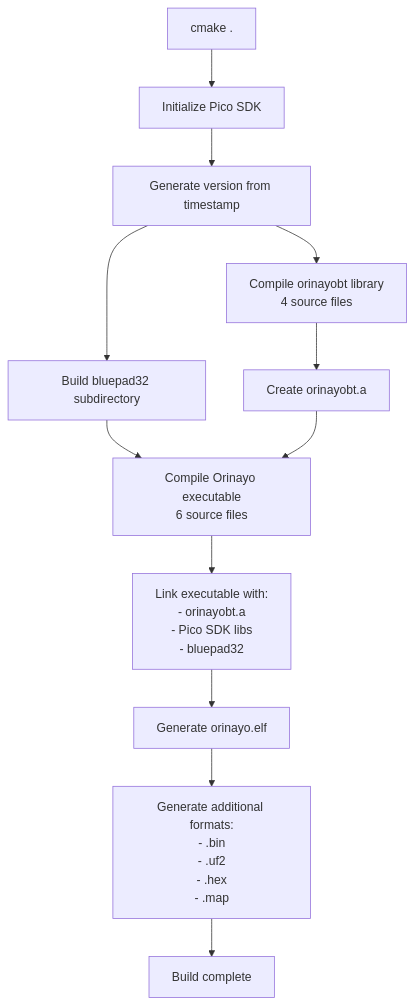
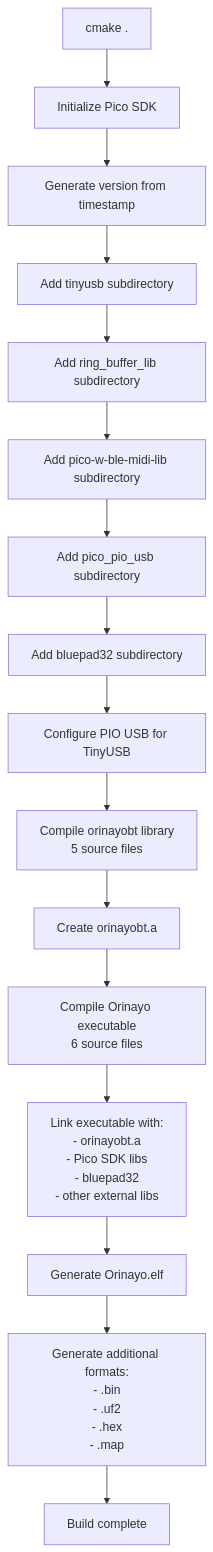
The fourth of 4 diagrams in wiki/9.1-cmake-configuration.md (Jus-Be/orinayo-pico), drawn with Mermaid before and after one commit. The commit also changed other lines of this file and 42 other files, not shown here.

````diff
--- a/wiki/9.1-cmake-configuration.md
+++ b/wiki/9.1-cmake-configuration.md
@@ -407,27 +482,36 @@
 ```mermaid
 flowchart TD
 
 START["cmake ."]
 INIT["Initialize Pico SDK"]
 VERSION["Generate version from timestamp"]
-LIB_COMPILE["Compile orinayobt library<br>4 source files"]
+SUBDIR_TINYUSB["Add tinyusb subdirectory"]
+SUBDIR_RING_BUFFER["Add ring_buffer_lib subdirectory"]
+SUBDIR_BLE_MIDI["Add pico-w-ble-midi-lib subdirectory"]
+SUBDIR_PIO_USB["Add pico_pio_usb subdirectory"]
+SUBDIR_BLUEPAD32["Add bluepad32 subdirectory"]
+PIO_USB_CONFIG["Configure PIO USB for TinyUSB"]
+LIB_COMPILE["Compile orinayobt library<br>5 source files"]
 LIB_ARCHIVE["Create orinayobt.a"]
-BLUEPAD["Build bluepad32 subdirectory"]
 EXE_COMPILE["Compile Orinayo executable<br>6 source files"]
-EXE_LINK["Link executable with:<br>- orinayobt.a<br>- Pico SDK libs<br>- bluepad32"]
-ELF_GEN["Generate orinayo.elf"]
+EXE_LINK["Link executable with:<br>- orinayobt.a<br>- Pico SDK libs<br>- bluepad32<br>- other external libs"]
+ELF_GEN["Generate Orinayo.elf"]
 EXTRA_OUT["Generate additional formats:<br>- .bin<br>- .uf2<br>- .hex<br>- .map"]
 DONE["Build complete"]
 
 START --> INIT
 INIT --> VERSION
-VERSION --> BLUEPAD
-VERSION --> LIB_COMPILE
+VERSION --> SUBDIR_TINYUSB
+SUBDIR_TINYUSB --> SUBDIR_RING_BUFFER
+SUBDIR_RING_BUFFER --> SUBDIR_BLE_MIDI
+SUBDIR_BLE_MIDI --> SUBDIR_PIO_USB
+SUBDIR_PIO_USB --> SUBDIR_BLUEPAD32
+SUBDIR_BLUEPAD32 --> PIO_USB_CONFIG
+PIO_USB_CONFIG --> LIB_COMPILE
 LIB_COMPILE --> LIB_ARCHIVE
-BLUEPAD --> EXE_COMPILE
 LIB_ARCHIVE --> EXE_COMPILE
 EXE_COMPILE --> EXE_LINK
 EXE_LINK --> ELF_GEN
 ELF_GEN --> EXTRA_OUT
 EXTRA_OUT --> DONE
 ```
````
